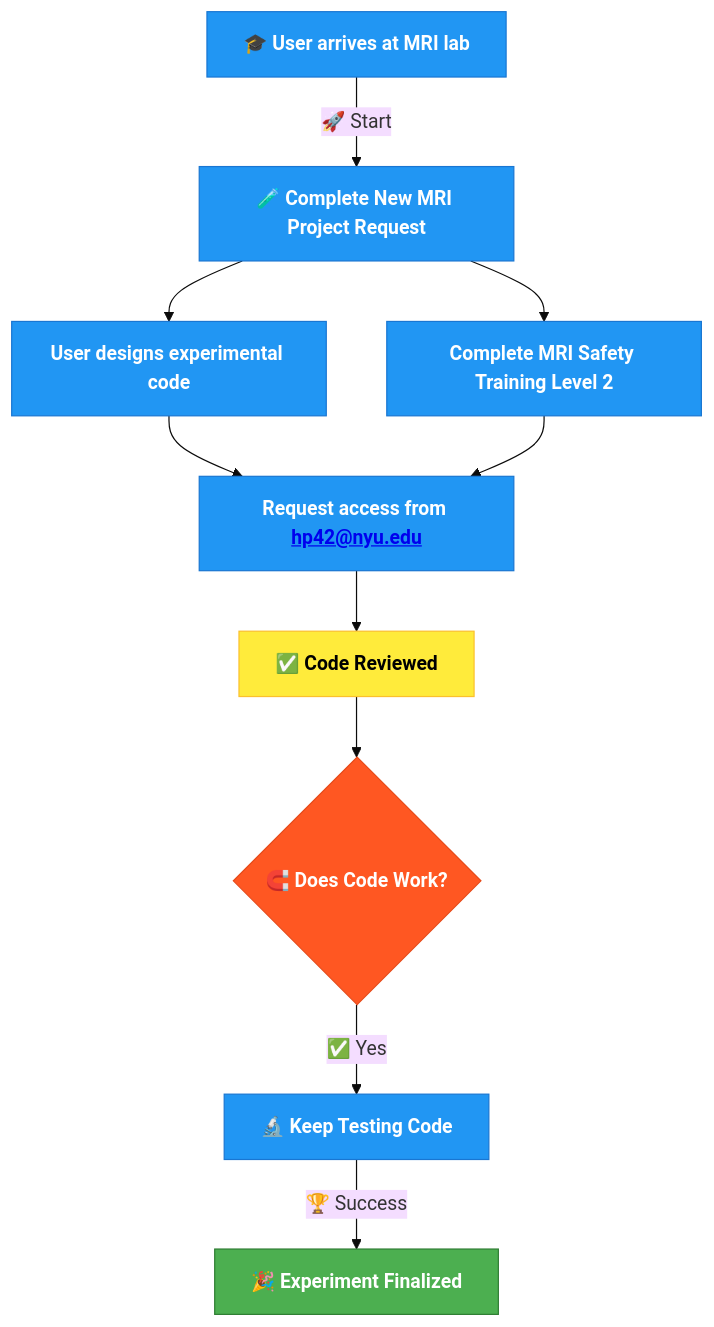
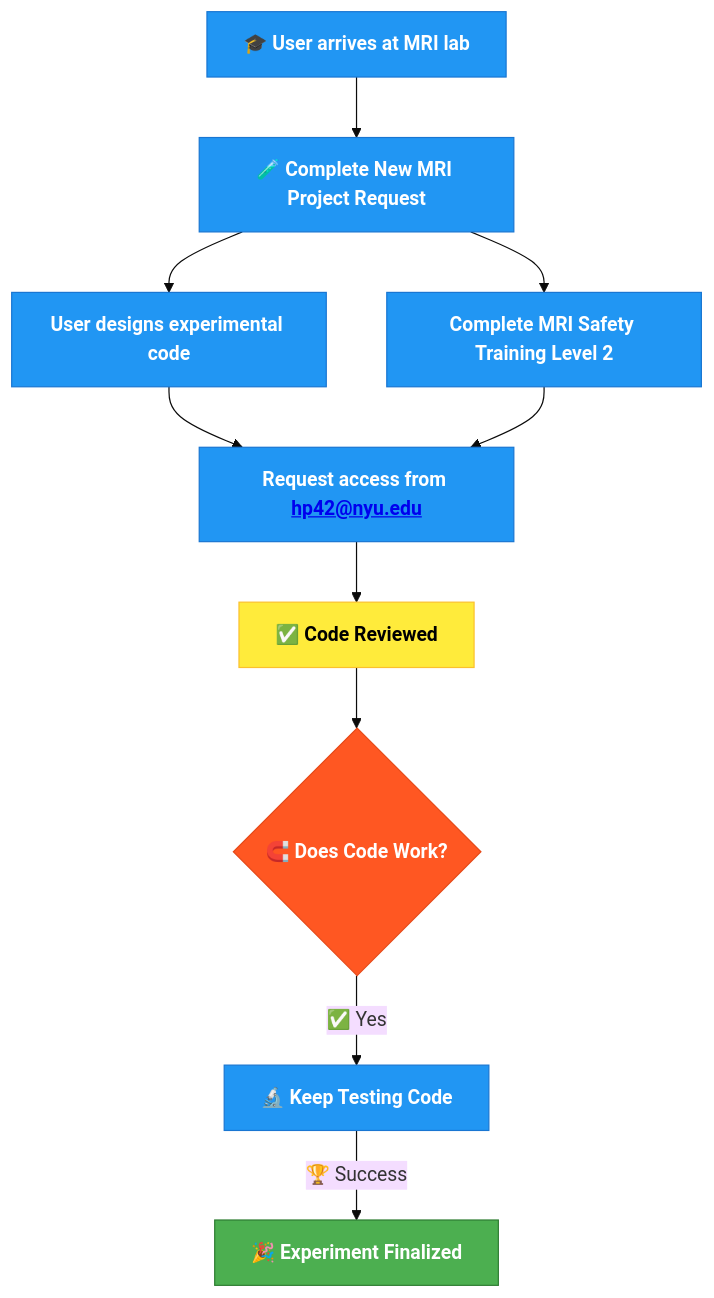
The diagram in docs/source/1-lab_overview/3-process_diagram.rst (BioMedicalImaging-Core-NYUAD/brainimaging-lab-documentation), drawn with Mermaid (base theme) before and after one commit.

Commit message:
added link

```diff
--- a/docs/source/1-lab_overview/3-process_diagram.rst
+++ b/docs/source/1-lab_overview/3-process_diagram.rst
@@ -9,28 +9,28 @@
 .. mermaid::
 
     graph TD;
-    A[🎓 <b>User arrives at MRI lab</b>] -->|🚀 Start| B[🧪 <b>Complete New MRI Project Request</b>];
+    A[🎓 <b>User arrives at MRI lab</b>] --> B[🧪 <b>Complete New MRI Project Request</b>];
     B --> C[<b>User designs experimental code</b>];
     B --> D[<b>Complete MRI Safety Training Level 2</b>];
     C --> E[<b>Request access from <a href="mailto:hp42@nyu.edu">hp42@nyu.edu</a></b>];
     D --> E;
     E --> F[✅ <b>Code Reviewed</b>];
     F --> G{🧲️ <b>Does Code Work?</b>};
     G --✅ Yes --> H[🔬 <b>Keep Testing Code</b>];
     H -->|🏆 Success| I[🎉 <b>Experiment Finalized</b>];
 
     %% Clickable Nodes
     click B "https://drive.google.com/file/d/10Py1KSAsktpCjU6c3lLuWLqVL2a5ofee/view?usp=drive_link"
     click D "https://app.imagingu.com/courses/personnel-group-ii-yearly"
     click E "mailto:hp42@nyu.edu" "Email hp42@nyu.edu"
 
     %% Style Definitions
     classDef success fill:#4CAF50,stroke:#2E7D32,color:#fff;
     classDef decision fill:#FFEB3B,stroke:#FBC02D,color:#000;
     classDef process fill:#2196F3,stroke:#1976D2,color:#fff;
     classDef warning fill:#FF5722,stroke:#E64A19,color:#fff;
 
         class A,B,C,D,E,H process;
         class F decision;
         class G warning;
         class I success;
```
